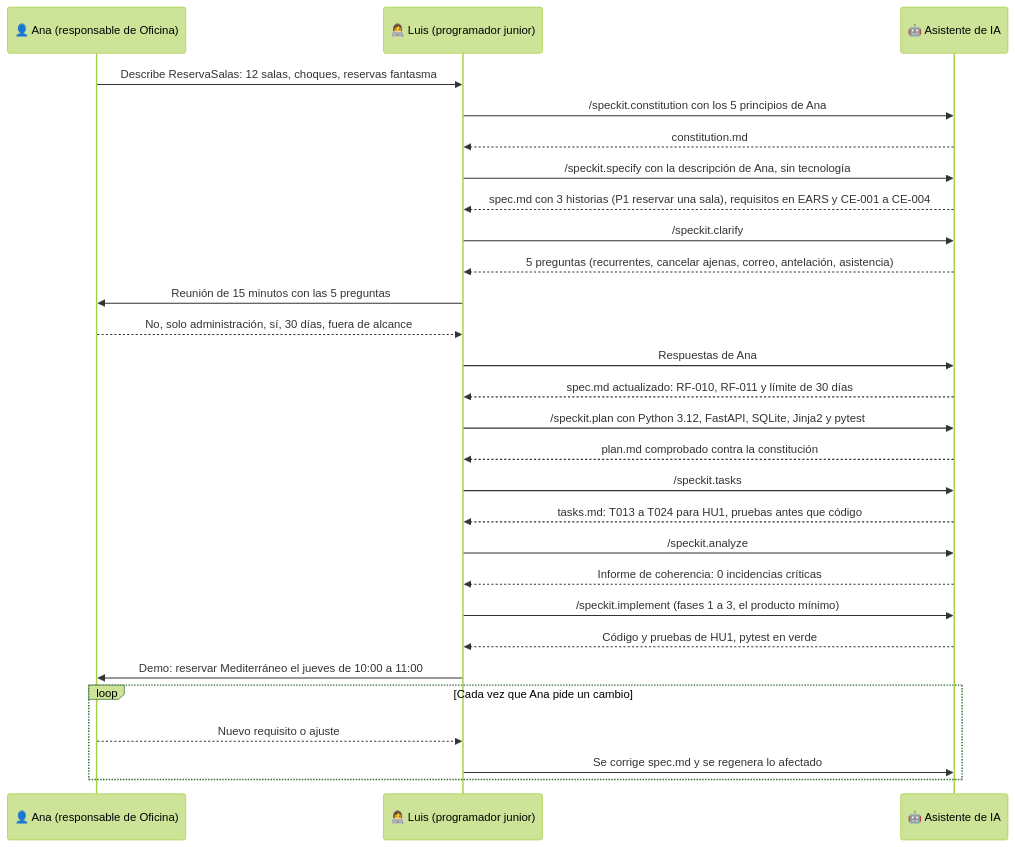
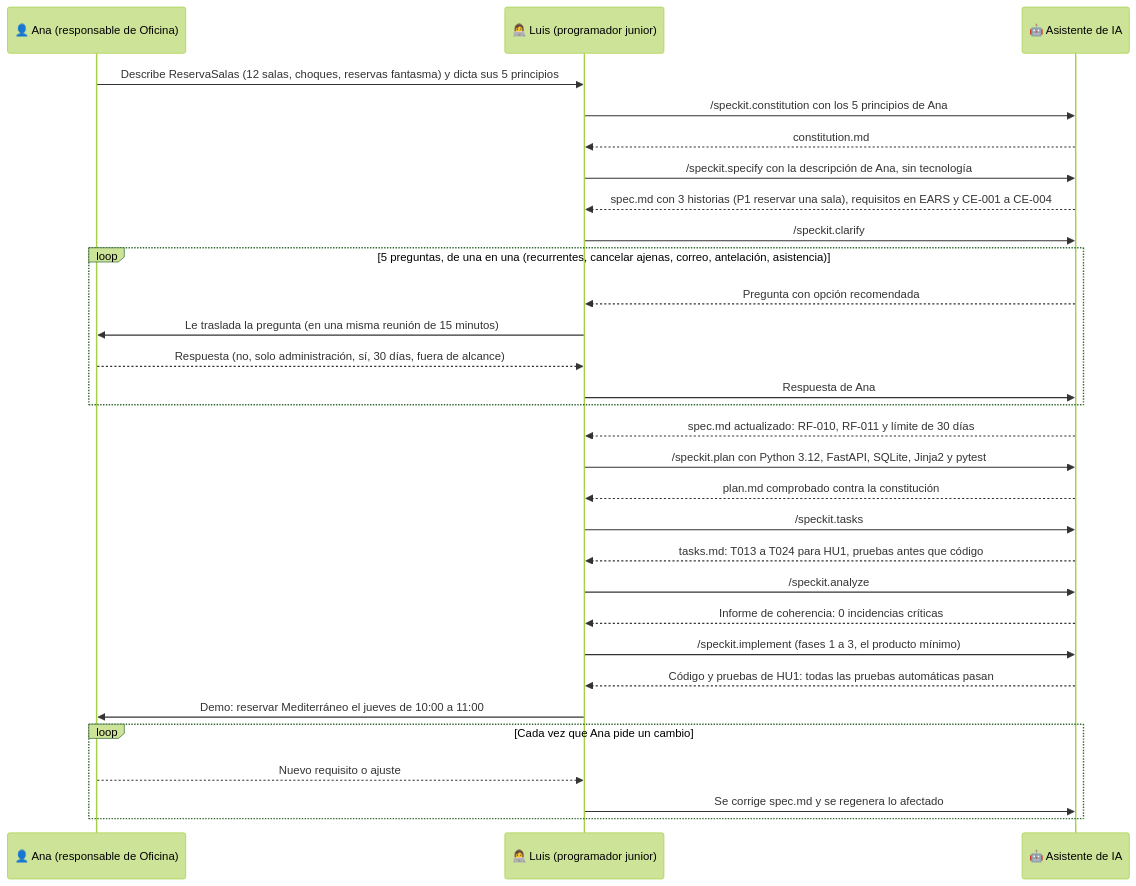
One commit to antroc/charla-sdd changed the second of 2 diagrams in diagramas/02-flujo-completo-sdd.md. Above: the diagram before and after it, drawn with Mermaid (forest theme). The commit also changed other lines of this file and 1 other file, not shown here.

First line of the commit message:
Corregir diagramas 01-02 y avances de revisión de la fase 2

````diff
--- a/diagramas/02-flujo-completo-sdd.md
+++ b/diagramas/02-flujo-completo-sdd.md
@@ -76,30 +81,32 @@
 ```mermaid
 sequenceDiagram
   participant Ana as 👤 Ana (responsable de Oficina)
   participant Luis as 👩‍💻 Luis (programador junior)
   participant IA as 🤖 Asistente de IA
-  Ana->>Luis: Describe ReservaSalas: 12 salas, choques, reservas fantasma
+  Ana->>Luis: Describe ReservaSalas (12 salas, choques, reservas fantasma) y dicta sus 5 principios
   Luis->>IA: /speckit.constitution con los 5 principios de Ana
   IA-->>Luis: constitution.md
   Luis->>IA: /speckit.specify con la descripción de Ana, sin tecnología
   IA-->>Luis: spec.md con 3 historias (P1 reservar una sala), requisitos en EARS y CE-001 a CE-004
   Luis->>IA: /speckit.clarify
-  IA-->>Luis: 5 preguntas (recurrentes, cancelar ajenas, correo, antelación, asistencia)
-  Luis->>Ana: Reunión de 15 minutos con las 5 preguntas
-  Ana-->>Luis: No, solo administración, sí, 30 días, fuera de alcance
-  Luis->>IA: Respuestas de Ana
+  loop 5 preguntas, de una en una (recurrentes, cancelar ajenas, correo, antelación, asistencia)
+    IA-->>Luis: Pregunta con opción recomendada
+    Luis->>Ana: Le traslada la pregunta (en una misma reunión de 15 minutos)
+    Ana-->>Luis: Respuesta (no, solo administración, sí, 30 días, fuera de alcance)
+    Luis->>IA: Respuesta de Ana
+  end
   IA-->>Luis: spec.md actualizado: RF-010, RF-011 y límite de 30 días
   Luis->>IA: /speckit.plan con Python 3.12, FastAPI, SQLite, Jinja2 y pytest
   IA-->>Luis: plan.md comprobado contra la constitución
   Luis->>IA: /speckit.tasks
   IA-->>Luis: tasks.md: T013 a T024 para HU1, pruebas antes que código
   Luis->>IA: /speckit.analyze
   IA-->>Luis: Informe de coherencia: 0 incidencias críticas
   Luis->>IA: /speckit.implement (fases 1 a 3, el producto mínimo)
-  IA-->>Luis: Código y pruebas de HU1, pytest en verde
+  IA-->>Luis: Código y pruebas de HU1: todas las pruebas automáticas pasan
   Luis->>Ana: Demo: reservar Mediterráneo el jueves de 10:00 a 11:00
   loop Cada vez que Ana pide un cambio
     Ana-->>Luis: Nuevo requisito o ajuste
     Luis->>IA: Se corrige spec.md y se regenera lo afectado
   end
 ```
````
